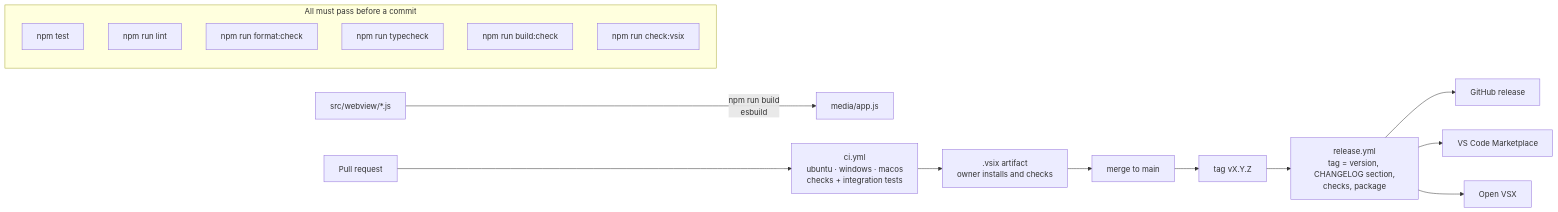
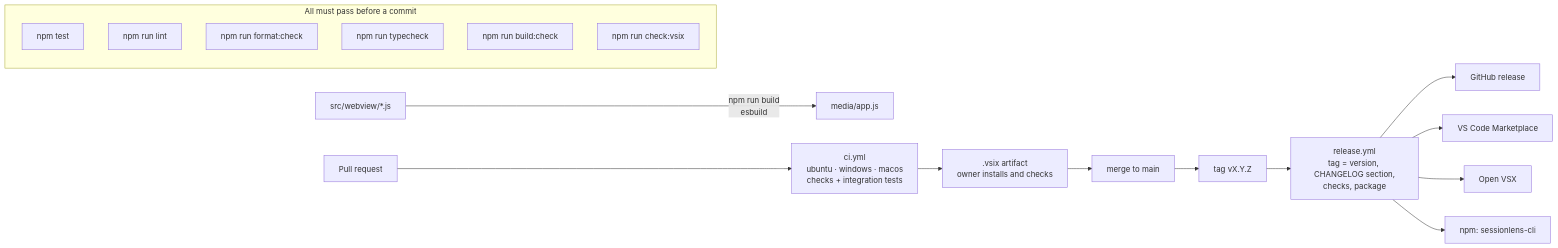
One commit to nikolaylosev/sessionlens changed diagram 13 of 13 in docs/ARCHITECTURE.md. Above: the diagram before and after it, drawn with Mermaid. The commit also changed other lines of this file and 2 other files, not shown here.

First line of the commit message:
ci: a release publishes sessionlens-cli to npm, by trusted publishing

````diff
--- a/docs/ARCHITECTURE.md
+++ b/docs/ARCHITECTURE.md
@@ -868,20 +868,21 @@
 ```mermaid
 flowchart LR
   SRC[src/webview/*.js] -->|npm run build<br/>esbuild| APPJS[media/app.js]
   subgraph Checks["All must pass before a commit"]
     T1[npm test]
     T2[npm run lint]
     T3[npm run format:check]
     T4[npm run typecheck]
     T5[npm run build:check]
     T6[npm run check:vsix]
   end
   PR[Pull request] --> CI[ci.yml<br/>ubuntu · windows · macos<br/>checks + integration tests]
   CI --> VSIX[.vsix artifact<br/>owner installs and checks]
   VSIX --> MERGE[merge to main]
   MERGE --> TAG[tag vX.Y.Z]
   TAG --> REL[release.yml<br/>tag = version, CHANGELOG section,<br/>checks, package]
   REL --> GH[GitHub release]
   REL --> MP[VS Code Marketplace]
   REL --> OV[Open VSX]
+  REL --> NPM[npm: sessionlens-cli]
 ```
````
